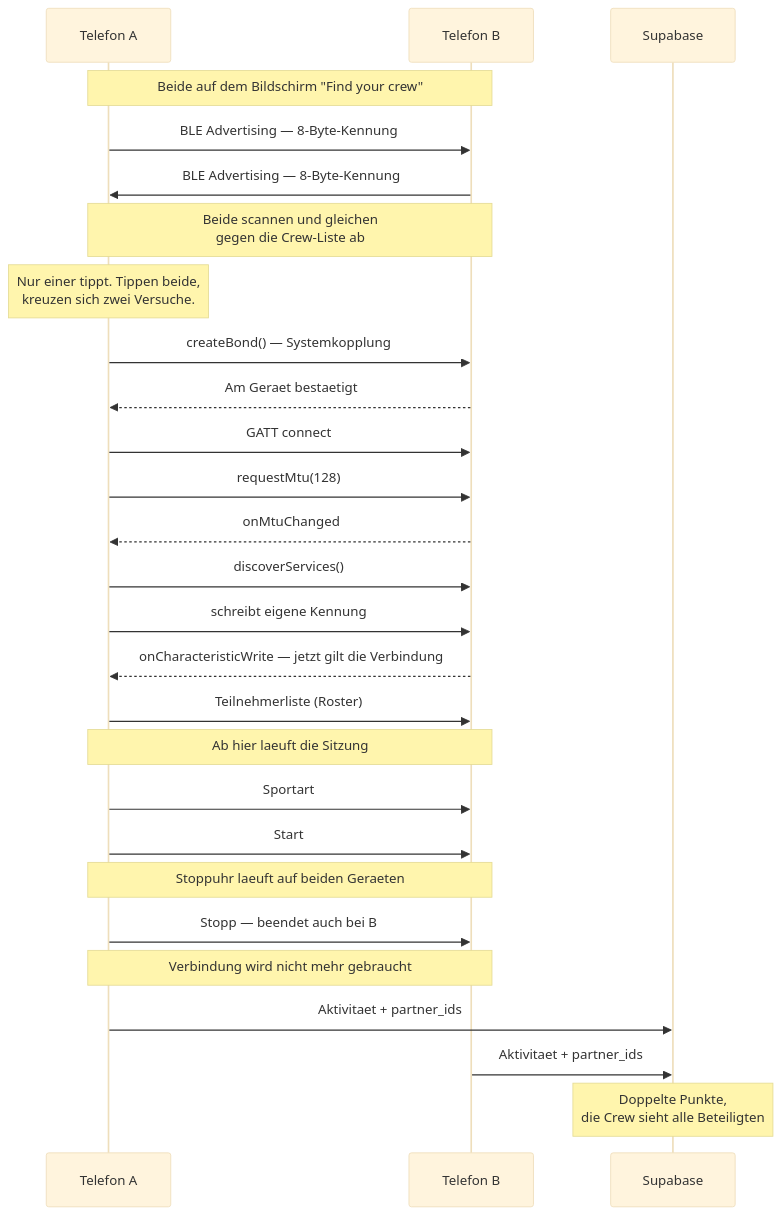
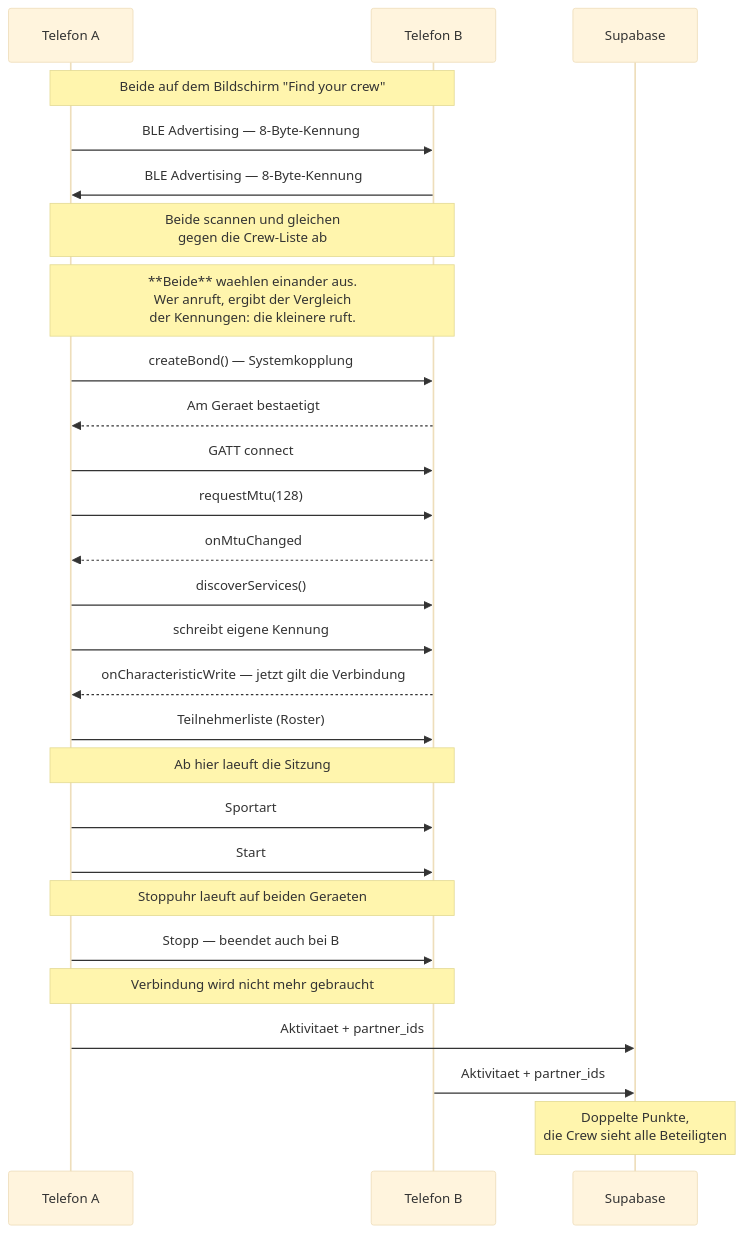
One commit to jr2k01/MobileSE changed the fourth of 4 diagrams in ARCHITECTURE.md. Above: the diagram before and after it, drawn with Mermaid (base theme). The commit also changed other lines of this file and 22 other files, not shown here.

````diff
--- a/ARCHITECTURE.md
+++ b/ARCHITECTURE.md
@@ -197,33 +197,33 @@
 ```mermaid
 sequenceDiagram
     participant A as Telefon A
     participant B as Telefon B
     participant S as Supabase
 
     Note over A,B: Beide auf dem Bildschirm "Find your crew"
     A->>B: BLE Advertising — 8-Byte-Kennung
     B->>A: BLE Advertising — 8-Byte-Kennung
     Note over A,B: Beide scannen und gleichen<br/>gegen die Crew-Liste ab
 
-    Note over A: Nur einer tippt. Tippen beide,<br/>kreuzen sich zwei Versuche.
+    Note over A,B: **Beide** waehlen einander aus.<br/>Wer anruft, ergibt der Vergleich<br/>der Kennungen: die kleinere ruft.
     A->>B: createBond() — Systemkopplung
     B-->>A: Am Geraet bestaetigt
     A->>B: GATT connect
     A->>B: requestMtu(128)
     B-->>A: onMtuChanged
     A->>B: discoverServices()
     A->>B: schreibt eigene Kennung
     B-->>A: onCharacteristicWrite — jetzt gilt die Verbindung
     A->>B: Teilnehmerliste (Roster)
 
     Note over A,B: Ab hier laeuft die Sitzung
     A->>B: Sportart
     A->>B: Start
     Note over A,B: Stoppuhr laeuft auf beiden Geraeten
     A->>B: Stopp — beendet auch bei B
 
     Note over A,B: Verbindung wird nicht mehr gebraucht
     A->>S: Aktivitaet + partner_ids
     B->>S: Aktivitaet + partner_ids
     Note over S: Doppelte Punkte,<br/>die Crew sieht alle Beteiligten
 ```
````
